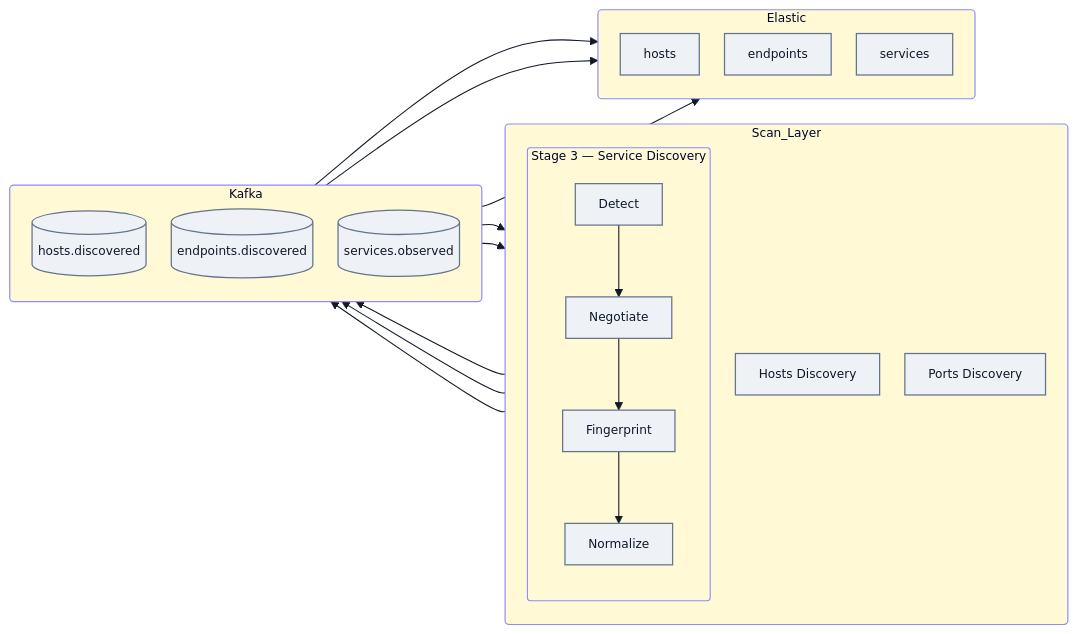
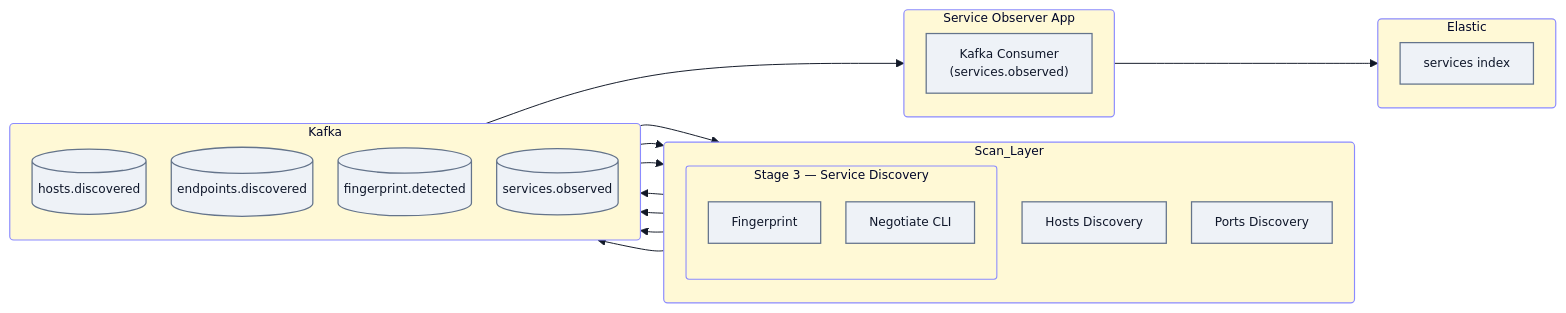
Before and after one commit to isobatch/.github: the diagram in mermaid.mmd, drawn with Mermaid.

Commit message:
Refactor Mermaid configuration syntax

```diff
--- a/mermaid.mmd
+++ b/mermaid.mmd
@@ -1,73 +1,82 @@
-%%{init:{
-  "theme":"base",
-  "flowchart":{
-    "curve":"basis",
-    "padding":12,
-    "nodeSpacing":26,
-    "rankSpacing":24
-  },
-  "themeVariables":{
-    "fontFamily":"Inter, Segoe UI, Arial",
-    "fontSize":"12.5px",
-    "lineColor":"#111827",
-    "primaryColor":"#EEF2F7",
-    "primaryTextColor":"#0f172a",
-    "primaryBorderColor":"#64748b",
-    "secondaryColor":"#FFF9D6",
-    "tertiaryColor":"#FFF9D6"
-  }
-}}%%
+---
+config:
+  theme: base
+  flowchart:
+    curve: basis
+    padding: 12
+    nodeSpacing: 26
+    rankSpacing: 24
+  themeVariables:
+    fontFamily: Inter, Segoe UI, Arial
+    fontSize: 12.5px
+    lineColor: '#111827'
+    primaryColor: '#EEF2F7'
+    primaryTextColor: '#0f172a'
+    primaryBorderColor: '#64748b'
+    secondaryColor: '#FFF9D6'
+    tertiaryColor: '#FFF9D6'
+---
+flowchart LR
+ subgraph Fingerprint_Pipeline["Stage 3 — Service Discovery"]
+    direction TB
+        Fingerprint["Fingerprint"]
+        Negotiate["Negotiate CLI"]
+  end
 
-flowchart LR
+ subgraph Scan_Layer["Scan_Layer"]
+    direction TB
+        MasscanHosts["Hosts Discovery"]
+        MasscanPorts["Ports Discovery"]
+        Fingerprint_Pipeline
+  end
 
-classDef node fill:#EEF2F7,stroke:#64748b,stroke-width:1.3px,color:#0f172a
-classDef stage fill:#EEF2F7,stroke:#64748b,stroke-width:1.3px,color:#0f172a
-classDef bus fill:#EEF2F7,stroke:#64748b,stroke-width:1.3px,color:#0f172a
-classDef store fill:#EEF2F7,stroke:#64748b,stroke-width:1.3px,color:#0f172a
+ subgraph Kafka_Layer["Kafka"]
+    direction TB
+        KafkaHosts[("hosts.discovered")]
+        KafkaEndpoints[("endpoints.discovered")]
+        KafkaFingerprint[("fingerprint.detected")]
+        KafkaServices[("services.observed")]
+  end
 
-linkStyle default stroke:#111827,stroke-width:1.1px
+ subgraph Consumer_Layer["Service Observer App"]
+    direction TB
+        ServicesConsumer["Kafka Consumer\n(services.observed)"]
+  end
 
-subgraph Scan_Layer["Scan_Layer"]
-direction TB
+ subgraph Elastic_Layer["Elastic"]
+    direction TB
+        ElasticServices["services index"]
+  end
 
-  ZMap["Hosts Discovery"]:::node
-  Masscan["Ports Discovery"]:::node
+    MasscanHosts --> KafkaHosts
+    KafkaHosts --> MasscanPorts
+    MasscanPorts --> KafkaEndpoints
+    KafkaEndpoints --> Fingerprint
+    Fingerprint --> KafkaFingerprint
+    KafkaFingerprint --> Negotiate
+    Negotiate --> KafkaServices
 
-  subgraph Fingerprint_Pipeline["Stage 3 — Service Discovery"]
-  direction TB
-    Detect["Detect"]:::stage
-    Negotiate["Negotiate"]:::stage
-    Fingerprint["Fingerprint"]:::stage
-    Normalize["Normalize"]:::stage
-  end
-end
+    KafkaServices --> ServicesConsumer
+    ServicesConsumer --> ElasticServices
 
-subgraph Kafka_Layer["Kafka"]
-direction TB
-  KafkaHosts[("hosts.discovered")]:::bus
-  KafkaEndpoints[("endpoints.discovered")]:::bus
-  KafkaServices[("services.observed")]:::bus
-end
+     Fingerprint:::stage
+     Negotiate:::stage
+     MasscanHosts:::node
+     MasscanPorts:::node
+     KafkaHosts:::bus
+     KafkaEndpoints:::bus
+     KafkaFingerprint:::bus
+     KafkaServices:::bus
+     ServicesConsumer:::stage
+     ElasticServices:::store
 
-subgraph Elastic_Layer["Elastic"]
-direction TB
-  ElasticHosts["hosts"]:::store
-  ElasticEndpoints["endpoints"]:::store
-  ElasticServices["services"]:::store
-end
+    classDef node fill:#EEF2F7,stroke:#64748b,stroke-width:1.3px,color:#0f172a
+    classDef stage fill:#EEF2F7,stroke:#64748b,stroke-width:1.3px,color:#0f172a
+    classDef bus fill:#EEF2F7,stroke:#64748b,stroke-width:1.3px,color:#0f172a
+    classDef store fill:#EEF2F7,stroke:#64748b,stroke-width:1.3px,color:#0f172a
 
-ZMap --> KafkaHosts
-KafkaHosts --> ElasticHosts
-KafkaHosts --> Masscan
-
-Masscan --> KafkaEndpoints
-KafkaEndpoints --> ElasticEndpoints
-KafkaEndpoints --> Detect
-
-Detect --> Negotiate --> Fingerprint --> Normalize --> KafkaServices
-KafkaServices --> ElasticServices
-
-style Scan_Layer fill:#FFF9D6,stroke:#8B8BFF,stroke-width:1.2px,rx:4,ry:4
-style Fingerprint_Pipeline fill:#FFF9D6,stroke:#8B8BFF,stroke-width:1.1px,rx:3,ry:3
-style Kafka_Layer fill:#FFF9D6,stroke:#8B8BFF,stroke-width:1.2px,rx:4,ry:4
-style Elastic_Layer fill:#FFF9D6,stroke:#8B8BFF,stroke-width:1.2px,rx:4,ry:4
+    style Fingerprint_Pipeline fill:#FFF9D6,stroke:#8B8BFF,stroke-width:1.1px,rx:3,ry:3
+    style Scan_Layer fill:#FFF9D6,stroke:#8B8BFF,stroke-width:1.2px,rx:4,ry:4
+    style Kafka_Layer fill:#FFF9D6,stroke:#8B8BFF,stroke-width:1.2px,rx:4,ry:4
+    style Consumer_Layer fill:#FFF9D6,stroke:#8B8BFF,stroke-width:1.2px,rx:4,ry:4
+    style Elastic_Layer fill:#FFF9D6,stroke:#8B8BFF,stroke-width:1.2px,rx:4,ry:4
```
